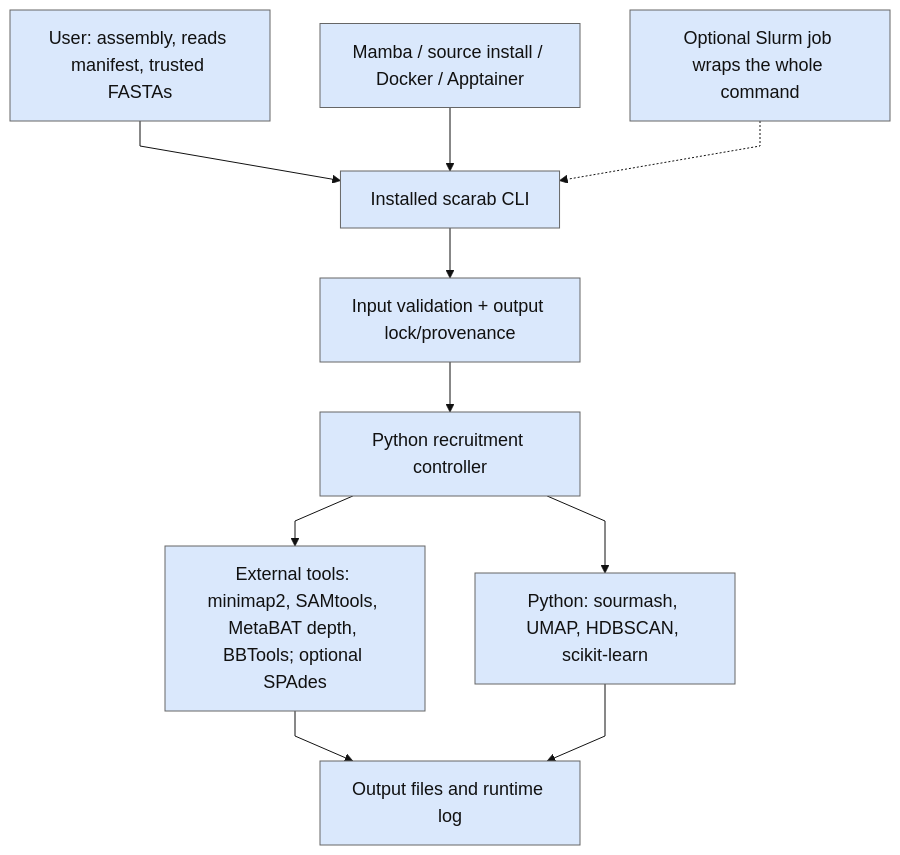
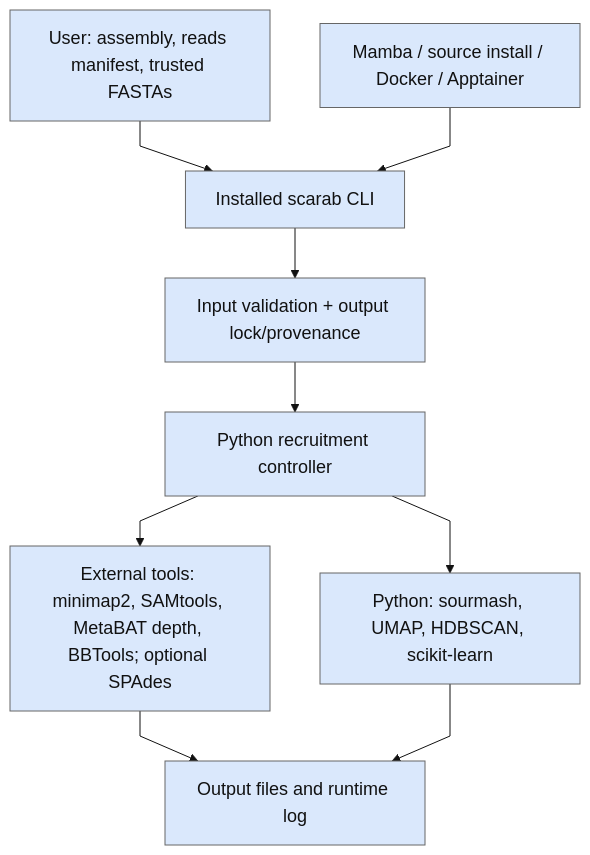
The diagram in docs/diagrams/architecture.mmd (hallamlab/SCARAB), drawn with Mermaid before and after one commit. The commit also changed 21 other files, not shown here.

```diff
--- a/docs/diagrams/architecture.mmd
+++ b/docs/diagrams/architecture.mmd
@@ -1,11 +1,10 @@
 %%{init: {"theme":"base","themeVariables":{"fontFamily":"Times New Roman, Times, serif","fontSize":"18px","primaryColor":"#DAE8FC","primaryTextColor":"#111111","primaryBorderColor":"#666666","lineColor":"#111111","secondaryColor":"#D5E8D4","tertiaryColor":"#F5F5F5","edgeLabelBackground":"#ffffff"},"flowchart":{"htmlLabels":false,"curve":"linear"}}}%%
 flowchart TB
  A["User: assembly, reads manifest, trusted FASTAs"] --> B["Installed scarab CLI"]
  B --> C["Input validation + output lock/provenance"]
  C --> D["Python recruitment controller"]
  D --> E["External tools: minimap2, SAMtools, MetaBAT depth, BBTools; optional SPAdes"]
  D --> F["Python: sourmash, UMAP, HDBSCAN, scikit-learn"]
  E --> G["Output files and runtime log"]
  F --> G
  H["Mamba / source install / Docker / Apptainer"] --> B
- I["Optional Slurm job wraps the whole command"] -.-> B
```
